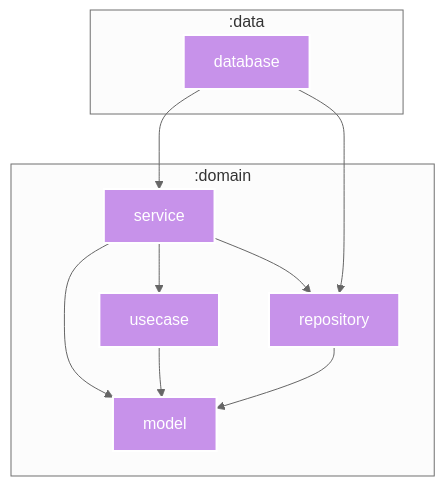
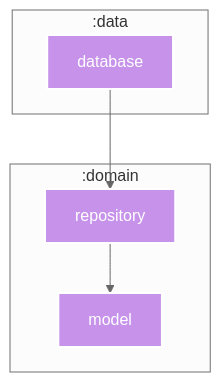
Before and after one commit to SorrowBlue/ComicViewer: the diagram in data/database/README.md, drawn with Mermaid. The commit also changed 151 other files, not shown here.

````diff
--- a/data/database/README.md
+++ b/data/database/README.md
@@ -5,37 +5,26 @@
 ```mermaid
 %%{
   init: {
     'theme': 'neutral'
   }
 }%%
 
 graph TB
-  subgraph :domain
-    :domain:service["service"]
-    :domain:model["model"]
-    :domain:repository["repository"]
-    :domain:usecase["usecase"]
-    :domain:usecase["usecase"]
-    :domain:service["service"]
-    :domain:repository["repository"]
-  end
   subgraph :data
     :data:database["database"]
   end
+  subgraph :domain
+    :domain:repository["repository"]
+    :domain:repository["repository"]
+    :domain:model["model"]
+  end
 
-  :domain:service --> :domain:model
-  :domain:service --> :domain:repository
-  :domain:service --> :domain:usecase
-  :domain:usecase --> :domain:model
   :data:database --> :domain:repository
-  :data:database --> :domain:service
   :domain:repository --> :domain:model
 
 classDef kotlin-multiplatform fill:#C792EA,stroke:#fff,stroke-width:2px,color:#fff;
-class :domain:service kotlin-multiplatform
+class :data:database kotlin-multiplatform
+class :domain:repository kotlin-multiplatform
 class :domain:model kotlin-multiplatform
-class :domain:repository kotlin-multiplatform
-class :domain:usecase kotlin-multiplatform
-class :data:database kotlin-multiplatform
 
 ```
````
